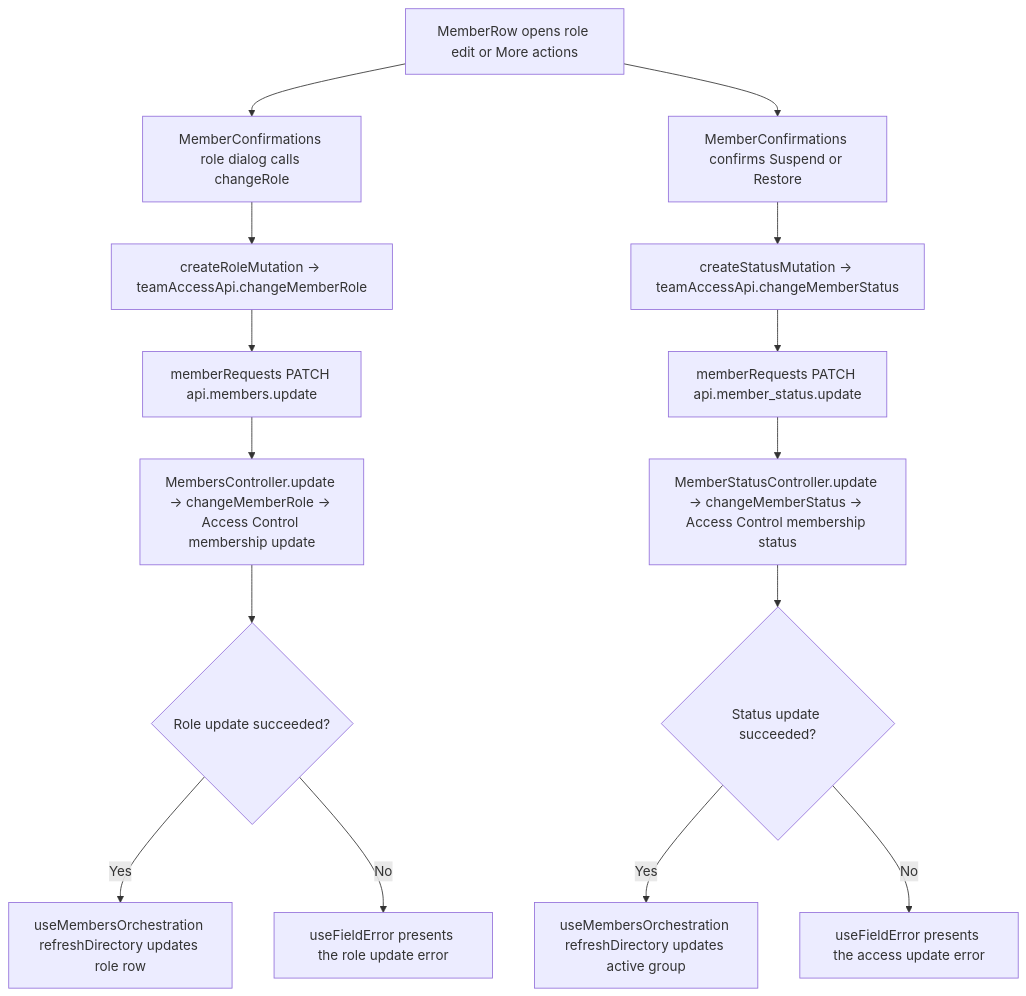
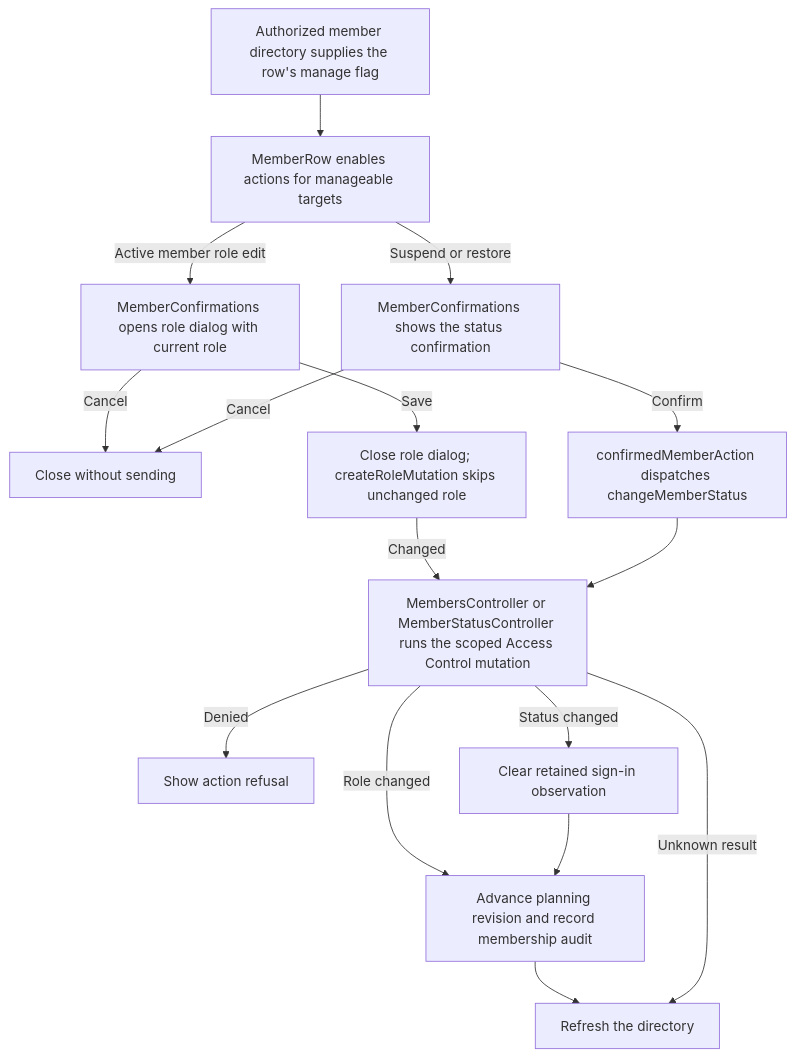
Before and after one commit to Kevinjohn/capacitylens: the second of 2 diagrams in user-stories/team/US-TEAM-06-change-membership.md, drawn with Mermaid. The commit also changed other lines of this file and 172 other files, not shown here.

Commit message:
docs: reconcile user story code flows with source

````diff
--- a/user-stories/team/US-TEAM-06-change-membership.md
+++ b/user-stories/team/US-TEAM-06-change-membership.md
@@ -37,17 +37,18 @@
 ```mermaid
 flowchart TD
-    Row["MemberRow opens role edit or More actions"] --> RoleDialog["MemberConfirmations role dialog calls changeRole"]
-    RoleDialog --> RoleMutation["createRoleMutation → teamAccessApi.changeMemberRole"]
-    RoleMutation --> RoleAPI["memberRequests PATCH api.members.update"]
-    RoleAPI --> RoleServer["MembersController.update → changeMemberRole → Access Control membership update"]
-    RoleServer --> RoleResult{"Role update succeeded?"}
-    RoleResult -->|"Yes"| RefreshRole["useMembersOrchestration refreshDirectory updates role row"]
-    RoleResult -->|"No"| RoleError["useFieldError presents the role update error"]
-    Row --> StatusConfirm["MemberConfirmations confirms Suspend or Restore"]
-    StatusConfirm --> StatusMutation["createStatusMutation → teamAccessApi.changeMemberStatus"]
-    StatusMutation --> StatusAPI["memberRequests PATCH api.member_status.update"]
-    StatusAPI --> StatusServer["MemberStatusController.update → changeMemberStatus → Access Control membership status"]
-    StatusServer --> StatusResult{"Status update succeeded?"}
-    StatusResult -->|"Yes"| RefreshStatus["useMembersOrchestration refreshDirectory updates active group"]
-    StatusResult -->|"No"| StatusError["useFieldError presents the access update error"]
+  directory["Authorized member directory supplies the row's manage flag"] --> row["MemberRow enables actions for manageable targets"]
+  row -->|Active member role edit| role["MemberConfirmations opens role dialog with current role"]
+  row -->|Suspend or restore| status["MemberConfirmations shows the status confirmation"]
+  role -->|Cancel| close["Close without sending"]
+  role -->|Save| save["Close role dialog; createRoleMutation skips unchanged role"]
+  status -->|Cancel| close
+  status -->|Confirm| confirmed["confirmedMemberAction dispatches changeMemberStatus"]
+  save -->|Changed| transaction["MembersController or MemberStatusController runs the scoped Access Control mutation"]
+  confirmed --> transaction
+  transaction -->|Denied| error["Show action refusal"]
+  transaction -->|Role changed| revision["Advance planning revision and record membership audit"]
+  transaction -->|Status changed| reset["Clear retained sign-in observation"]
+  reset --> revision
+  revision --> reload["Refresh the directory"]
+  transaction -->|Unknown result| reload
 ```
````
